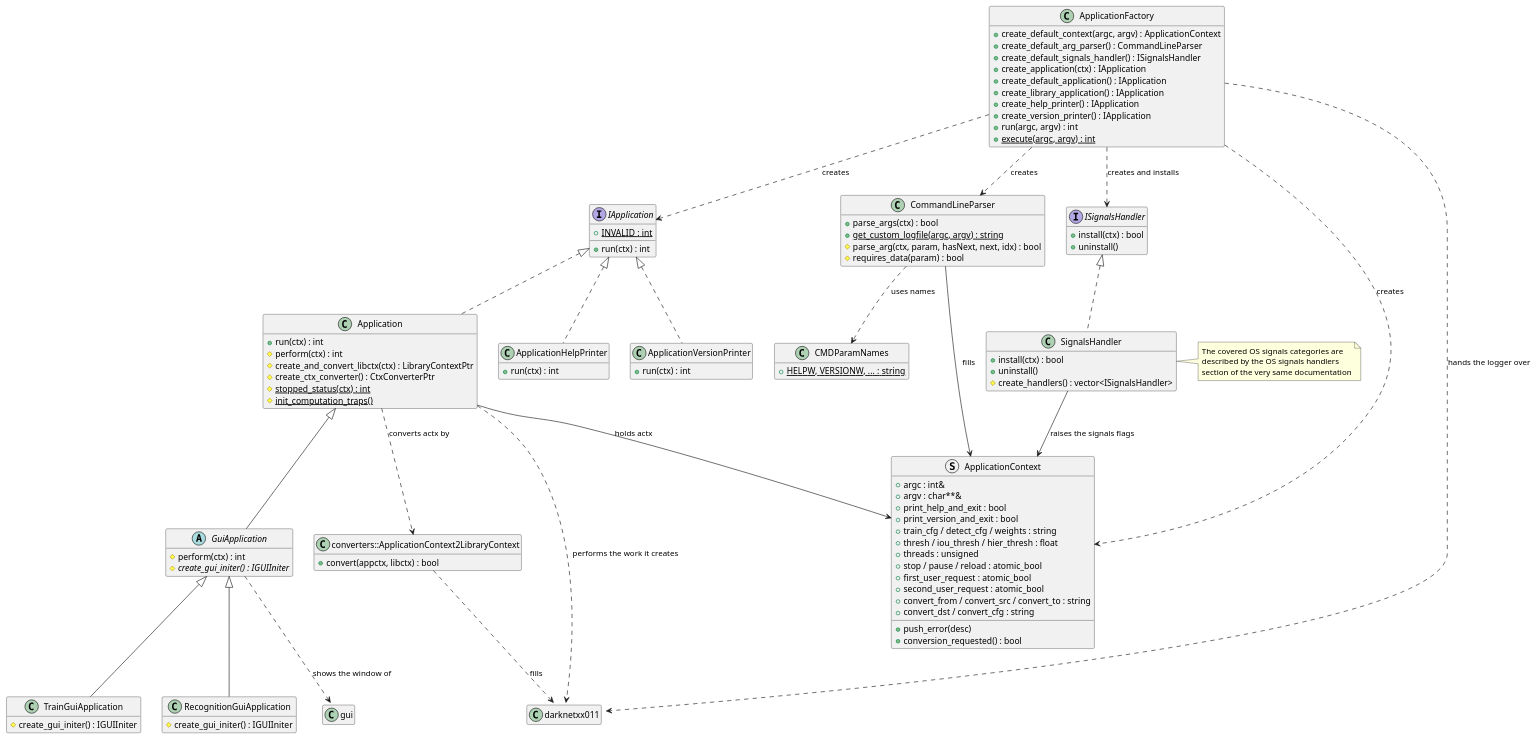
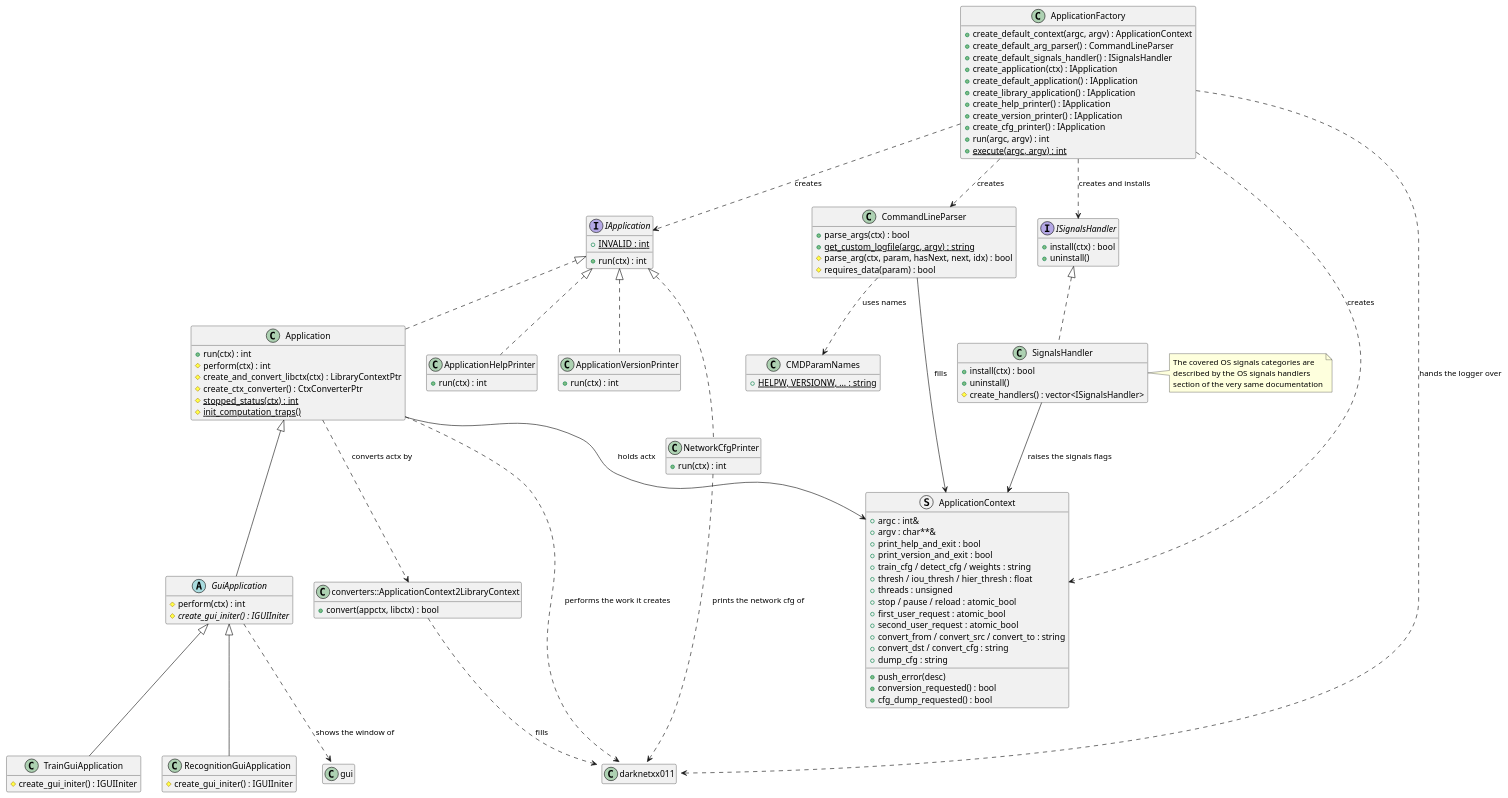
Before and after one commit to yuriysydor1991/darknetxx: the diagram in doc/sections/en_US/4-7-1-application-runtime-components.md, drawn with PlantUML. The commit also changed other lines of this file and 20 other files, not shown here.

Commit message:
docs: document the dxxwjz3 layer arrays and the --dump-cfg

```diff
--- a/doc/sections/en_US/4-7-1-application-runtime-components.md
+++ b/doc/sections/en_US/4-7-1-application-runtime-components.md
@@ -51,6 +51,10 @@
   +run(ctx) : int
 }
 
+class NetworkCfgPrinter {
+  +run(ctx) : int
+}
+
 class ApplicationFactory {
   +create_default_context(argc, argv) : ApplicationContext
   +create_default_arg_parser() : CommandLineParser
@@ -60,6 +64,7 @@
   +create_library_application() : IApplication
   +create_help_printer() : IApplication
   +create_version_printer() : IApplication
+  +create_cfg_printer() : IApplication
   +run(argc, argv) : int
   +{static} execute(argc, argv) : int
 }
@@ -105,13 +110,16 @@
   +second_user_request : atomic_bool
   +convert_from / convert_src / convert_to : string
   +convert_dst / convert_cfg : string
+  +dump_cfg : string
   +push_error(desc)
   +conversion_requested() : bool
+  +cfg_dump_requested() : bool
 }
 
 IApplication <|.. Application
 IApplication <|.. ApplicationHelpPrinter
 IApplication <|.. ApplicationVersionPrinter
+IApplication <|.. NetworkCfgPrinter
 Application <|-- GuiApplication
 GuiApplication <|-- TrainGuiApplication
 GuiApplication <|-- RecognitionGuiApplication
@@ -130,4 +138,5 @@
 Application ..> "darknetxx011::LibraryFacade" : performs the work it creates
 GuiApplication ..> "gui::IGUIIniter" : shows the window of
 ApplicationFactory ..> "darknetxx011::LibraryFacade" : hands the logger over
+NetworkCfgPrinter ..> "darknetxx011::LibraryFacade" : prints the network cfg of
 @enduml
```
